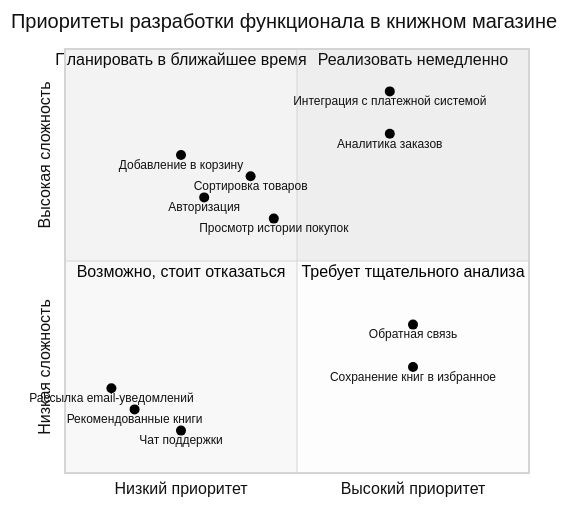
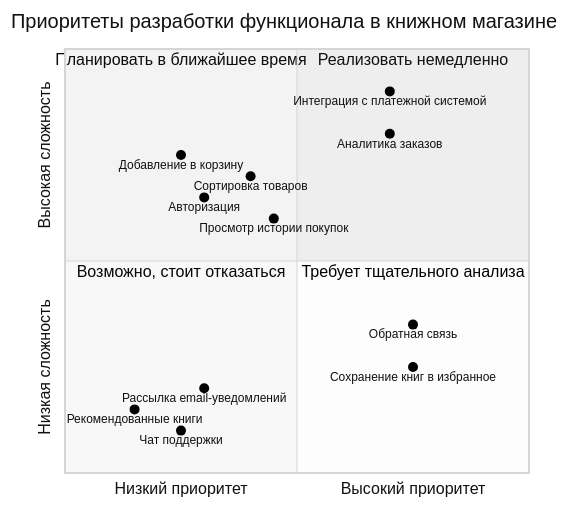
One commit to akneshoot/ShopWeb changed the third of 3 diagrams in README.md. Above: the diagram before and after it, drawn with Mermaid (neutral theme).

````diff
--- a/README.md
+++ b/README.md
@@ -79,23 +79,23 @@
 ```mermaid
 quadrantChart
     title Приоритеты разработки функционала в книжном магазине
     x-axis "Низкий приоритет" --> "Высокий приоритет"
     y-axis "Низкая сложность" --> "Высокая сложность"
     quadrant-1 "Реализовать немедленно"
     quadrant-2 "Планировать в ближайшее время"
     quadrant-3 "Возможно, стоит отказаться"
     quadrant-4 "Требует тщательного анализа"
     "Чат поддержки": [0.25, 0.10]
     "Обратная связь": [0.75, 0.35]
     "Просмотр истории покупок": [0.45, 0.60]
     "Аналитика заказов": [0.70, 0.80]
     "Интеграция с платежной системой": [0.70, 0.90]
     "Добавление в корзину": [0.25, 0.75]
     "Авторизация": [0.30, 0.65]
     "Сортировка товаров": [0.40, 0.70]
     "Рекомендованные книги": [0.15, 0.15]
     "Сохранение книг в избранное": [0.75, 0.25]
-    "Рассылка email-уведомлений": [0.10, 0.20]
+    "Рассылка email-уведомлений": [0.30, 0.20]
 
 
 ```
````
